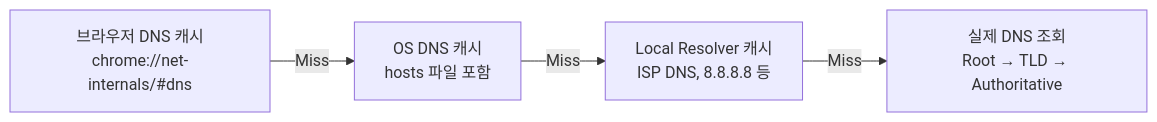
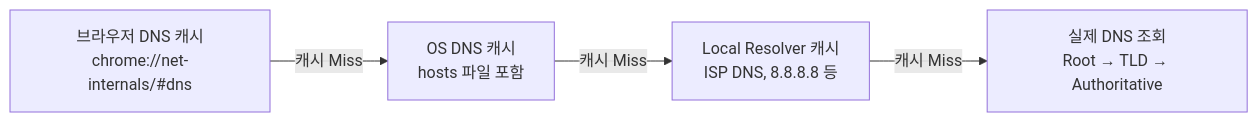
One commit to yjkim2015/yjkim2015.github.io changed the third of 4 diagrams in _posts/network/2026-05-01-dns.md. Above: the diagram before and after it, drawn with Mermaid. The commit also changed other lines of this file and 34 other files, not shown here.

First line of the commit message:
Full quality pass: 41 files — ASCII removed, 동작원리 보강, diagrams

```diff
--- a/_posts/network/2026-05-01-dns.md
+++ b/_posts/network/2026-05-01-dns.md
@@ -223,8 +168,8 @@
 <div class="mermaid">
 graph LR
     BR["브라우저 DNS 캐시\nchrome://net-internals/#dns"]
     OS["OS DNS 캐시\nhosts 파일 포함"]
     LR["Local Resolver 캐시\nISP DNS, 8.8.8.8 등"]
     DNS["실제 DNS 조회\nRoot → TLD → Authoritative"]
-    BR -->|Miss| OS -->|Miss| LR -->|Miss| DNS
+    BR -->|"캐시 Miss"| OS -->|"캐시 Miss"| LR -->|"캐시 Miss"| DNS
 </div>
```
